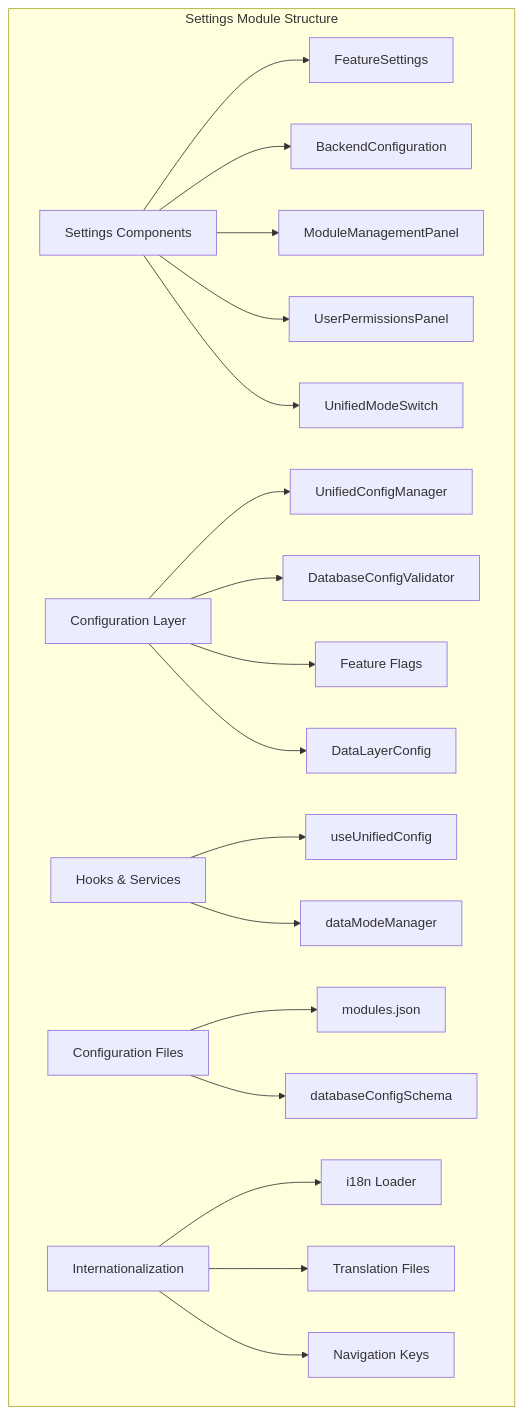
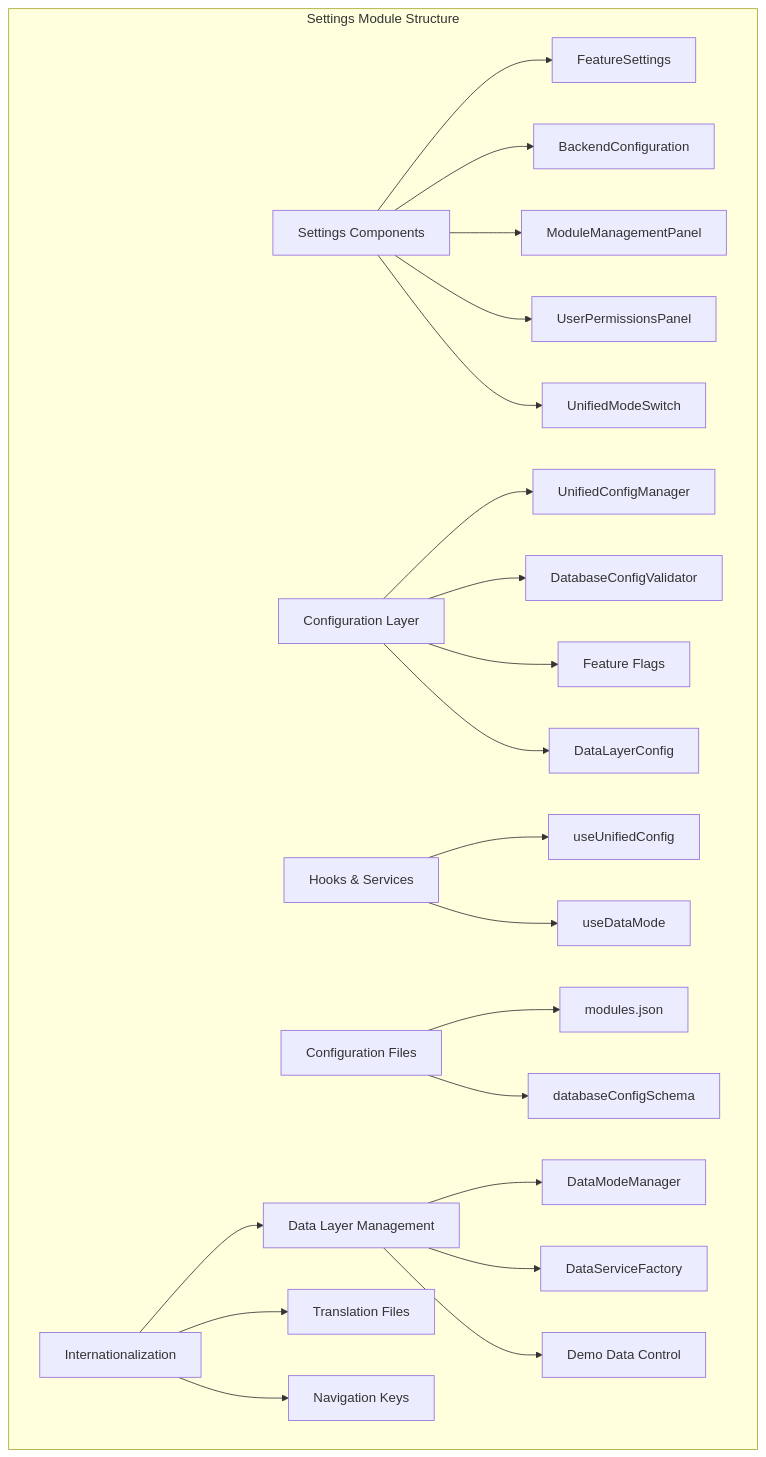
The first of 12 diagrams in .qoder/repowiki/en/content/Modules System/Settings Module.md (geniusdynamics/schoolpilot), drawn with Mermaid before and after one commit. The commit also changed other lines of this file and 54 other files, not shown here.

````diff
--- a/.qoder/repowiki/en/content/Modules System/Settings Module.md
+++ b/.qoder/repowiki/en/content/Modules System/Settings Module.md
@@ -58,21 +62,24 @@
 ```mermaid
 graph TB
 subgraph "Settings Module Structure"
 A[Settings Components] --> B[FeatureSettings]
 A --> C[BackendConfiguration]
 A --> D[ModuleManagementPanel]
 A --> E[UserPermissionsPanel]
 A --> F[UnifiedModeSwitch]
 G[Configuration Layer] --> H[UnifiedConfigManager]
 G --> I[DatabaseConfigValidator]
 G --> J[Feature Flags]
 G --> K[DataLayerConfig]
 L[Hooks & Services] --> M[useUnifiedConfig]
-L --> N[dataModeManager]
+L --> N[useDataMode]
 O[Configuration Files] --> P[modules.json]
 O --> Q[databaseConfigSchema]
 R[Internationalization] --> S[i18n Loader]
 R --> T[Translation Files]
 R --> U[Navigation Keys]
+S[Data Layer Management] --> V[DataModeManager]
+S --> W[DataServiceFactory]
+S --> X[Demo Data Control]
 end
 ```
````
